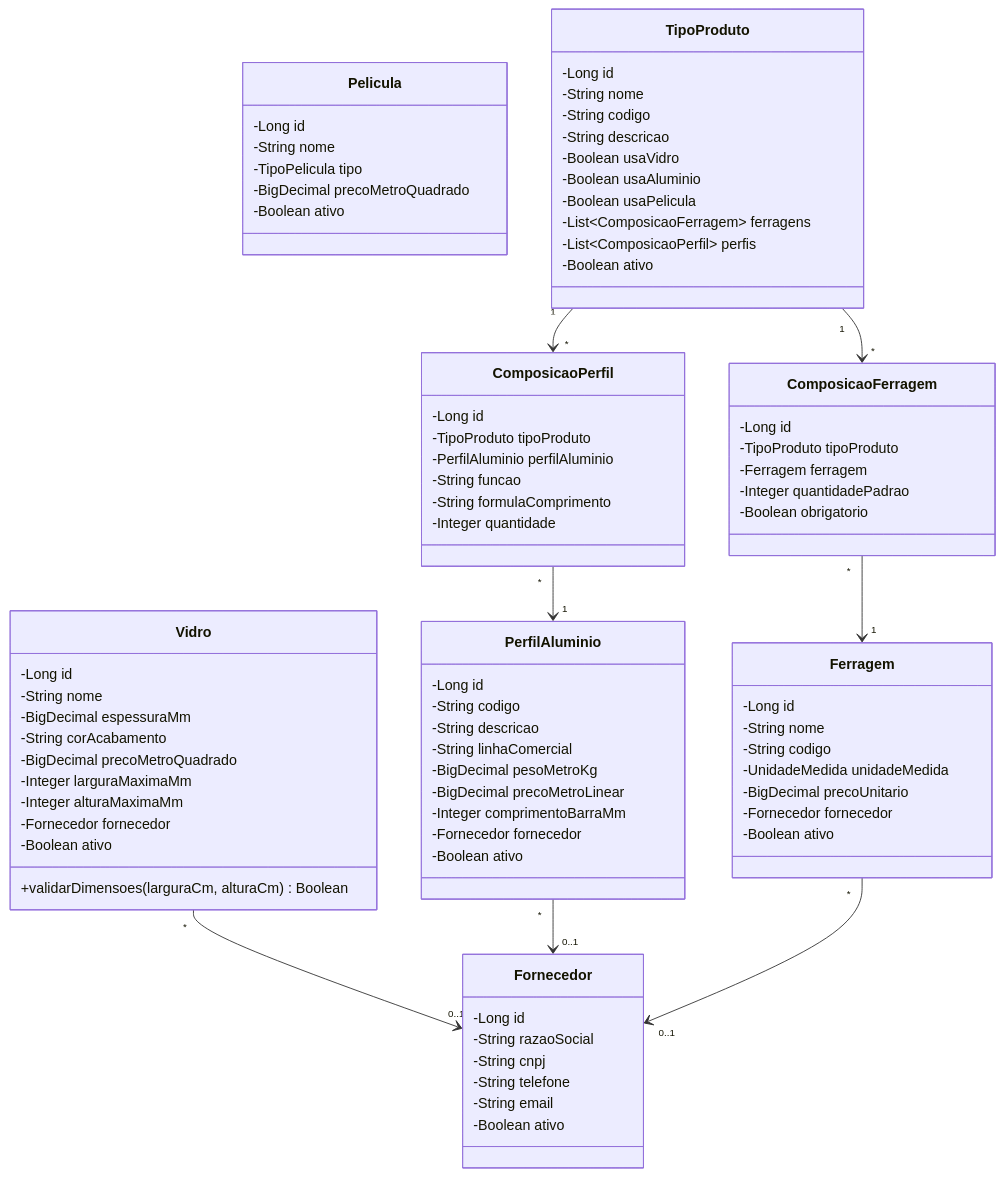
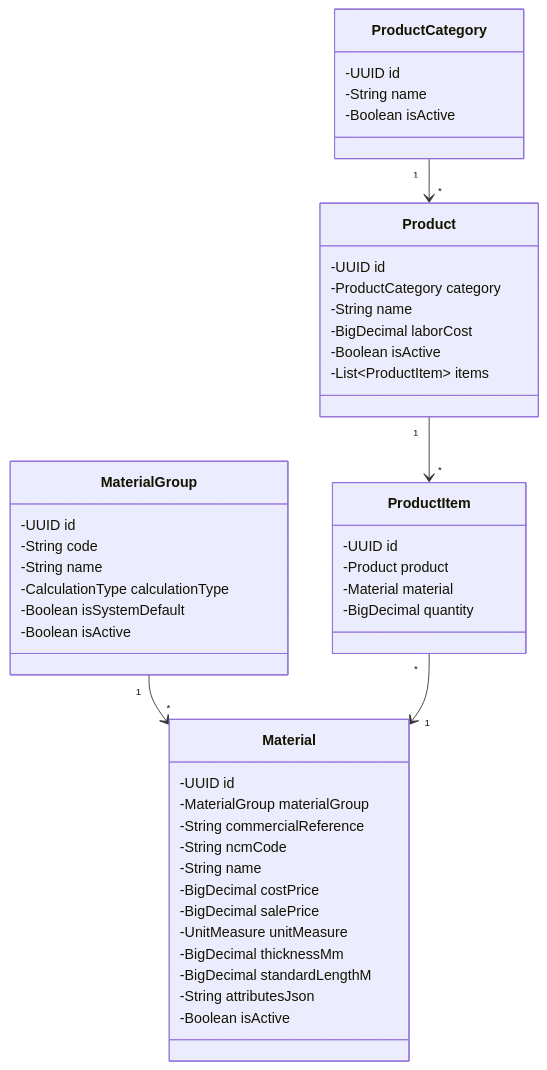
One commit to ADS-IFPB-SR/alumigest changed the first of 3 diagrams in docs/sistema/001-analise-projeto/DCC-Diagramas_de_Classes.md. Above: the diagram before and after it, drawn with Mermaid. The commit also changed other lines of this file and 15 other files, not shown here.

````diff
--- a/docs/sistema/001-analise-projeto/DCC-Diagramas_de_Classes.md
+++ b/docs/sistema/001-analise-projeto/DCC-Diagramas_de_Classes.md
@@ -13,92 +13,53 @@
 ```mermaid
 classDiagram
-    class Vidro {
-        -Long id
-        -String nome
-        -BigDecimal espessuraMm
-        -String corAcabamento
-        -BigDecimal precoMetroQuadrado
-        -Integer larguraMaximaMm
-        -Integer alturaMaximaMm
-        -Fornecedor fornecedor
-        -Boolean ativo
-        +validarDimensoes(larguraCm, alturaCm) Boolean
+    class MaterialGroup {
+        -UUID id
+        -String code
+        -String name
+        -CalculationType calculationType
+        -Boolean isSystemDefault
+        -Boolean isActive
     }
 
-    class PerfilAluminio {
-        -Long id
-        -String codigo
-        -String descricao
-        -String linhaComercial
-        -BigDecimal pesoMetroKg
-        -BigDecimal precoMetroLinear
-        -Integer comprimentoBarraMm
-        -Fornecedor fornecedor
-        -Boolean ativo
+    class Material {
+        -UUID id
+        -MaterialGroup materialGroup
+        -String commercialReference
+        -String ncmCode
+        -String name
+        -BigDecimal costPrice
+        -BigDecimal salePrice
+        -UnitMeasure unitMeasure
+        -BigDecimal thicknessMm
+        -BigDecimal standardLengthM
+        -String attributesJson
+        -Boolean isActive
     }
 
-    class Ferragem {
-        -Long id
-        -String nome
-        -String codigo
-        -UnidadeMedida unidadeMedida
-        -BigDecimal precoUnitario
-        -Fornecedor fornecedor
-        -Boolean ativo
+    class ProductCategory {
+        -UUID id
+        -String name
+        -Boolean isActive
     }
 
-    class Pelicula {
-        -Long id
-        -String nome
-        -TipoPelicula tipo
-        -BigDecimal precoMetroQuadrado
-        -Boolean ativo
+    class Product {
+        -UUID id
+        -ProductCategory category
+        -String name
+        -BigDecimal laborCost
+        -Boolean isActive
+        -List~ProductItem~ items
     }
 
-    class TipoProduto {
-        -Long id
-        -String nome
-        -String codigo
-        -String descricao
-        -Boolean usaVidro
-        -Boolean usaAluminio
-        -Boolean usaPelicula
-        -List~ComposicaoFerragem~ ferragens
-        -List~ComposicaoPerfil~ perfis
-        -Boolean ativo
+    class ProductItem {
+        -UUID id
+        -Product product
+        -Material material
+        -BigDecimal quantity
     }
 
-    class ComposicaoFerragem {
-        -Long id
-        -TipoProduto tipoProduto
-        -Ferragem ferragem
-        -Integer quantidadePadrao
-        -Boolean obrigatorio
-    }
-
-    class ComposicaoPerfil {
-        -Long id
-        -TipoProduto tipoProduto
-        -PerfilAluminio perfilAluminio
-        -String funcao
-        -String formulaComprimento
-        -Integer quantidade
-    }
-
-    class Fornecedor {
-        -Long id
-        -String razaoSocial
-        -String cnpj
-        -String telefone
-        -String email
-        -Boolean ativo
-    }
-
-    TipoProduto "1" --> "*" ComposicaoFerragem
-    TipoProduto "1" --> "*" ComposicaoPerfil
-    ComposicaoFerragem "*" --> "1" Ferragem
-    ComposicaoPerfil "*" --> "1" PerfilAluminio
-    Vidro "*" --> "0..1" Fornecedor
-    PerfilAluminio "*" --> "0..1" Fornecedor
-    Ferragem "*" --> "0..1" Fornecedor
+    MaterialGroup "1" --> "*" Material
+    ProductCategory "1" --> "*" Product
+    Product "1" --> "*" ProductItem
+    ProductItem "*" --> "1" Material
 ```
````
